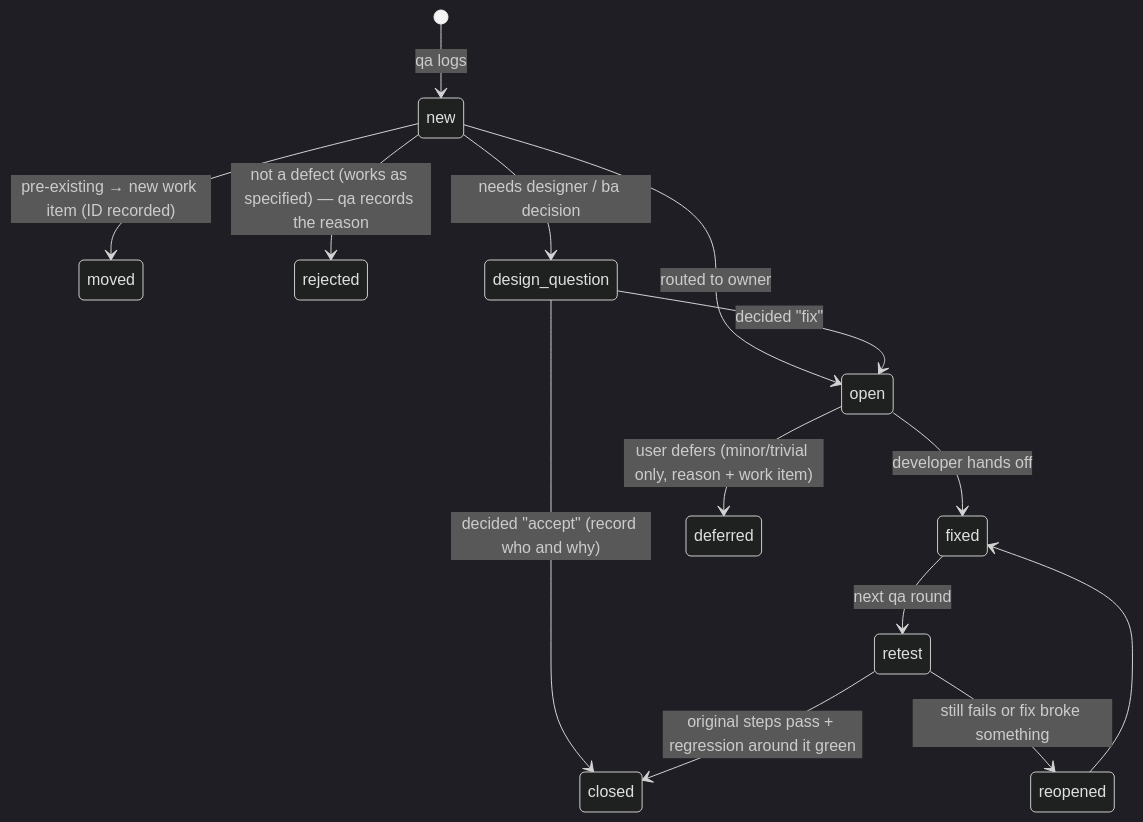
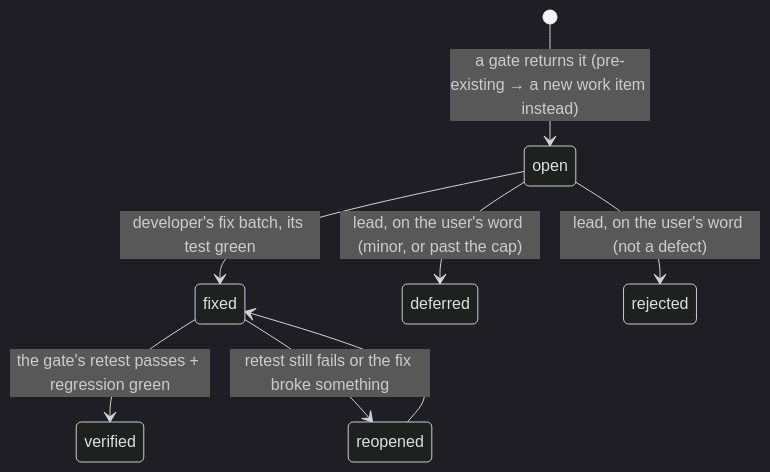
The diagram in plugins/team/skills/test-process/references/defects-and-reports.md (Tuan-Quyen/technical-teams), drawn with Mermaid (dark theme) before and after one commit. The commit also changed other lines of this file and 90 other files, not shown here.

````diff
--- a/plugins/team/skills/test-process/references/defects-and-reports.md
+++ b/plugins/team/skills/test-process/references/defects-and-reports.md
@@ -54,16 +44,10 @@
 ```mermaid
 stateDiagram-v2
-  [*] --> new: qa logs
-  new --> open: routed to owner
-  new --> moved: pre-existing → new work item (ID recorded)
-  new --> rejected: not a defect (works as specified) — qa records the reason
-  new --> design_question: needs designer / ba decision
-  design_question --> open: decided "fix"
-  design_question --> closed: decided "accept" (record who and why)
-  open --> fixed: developer hands off
-  fixed --> retest: next qa round
-  retest --> closed: original steps pass + regression around it green
-  retest --> reopened: still fails or fix broke something
+  [*] --> open: a gate returns it (pre-existing → a new work item instead)
+  open --> fixed: developer's fix batch, its test green
+  fixed --> verified: the gate's retest passes + regression green
+  fixed --> reopened: retest still fails or the fix broke something
   reopened --> fixed
-  open --> deferred: user defers (minor/trivial only, reason + work item)
+  open --> deferred: lead, on the user's word (minor, or past the cap)
+  open --> rejected: lead, on the user's word (not a defect)
 ```
````
